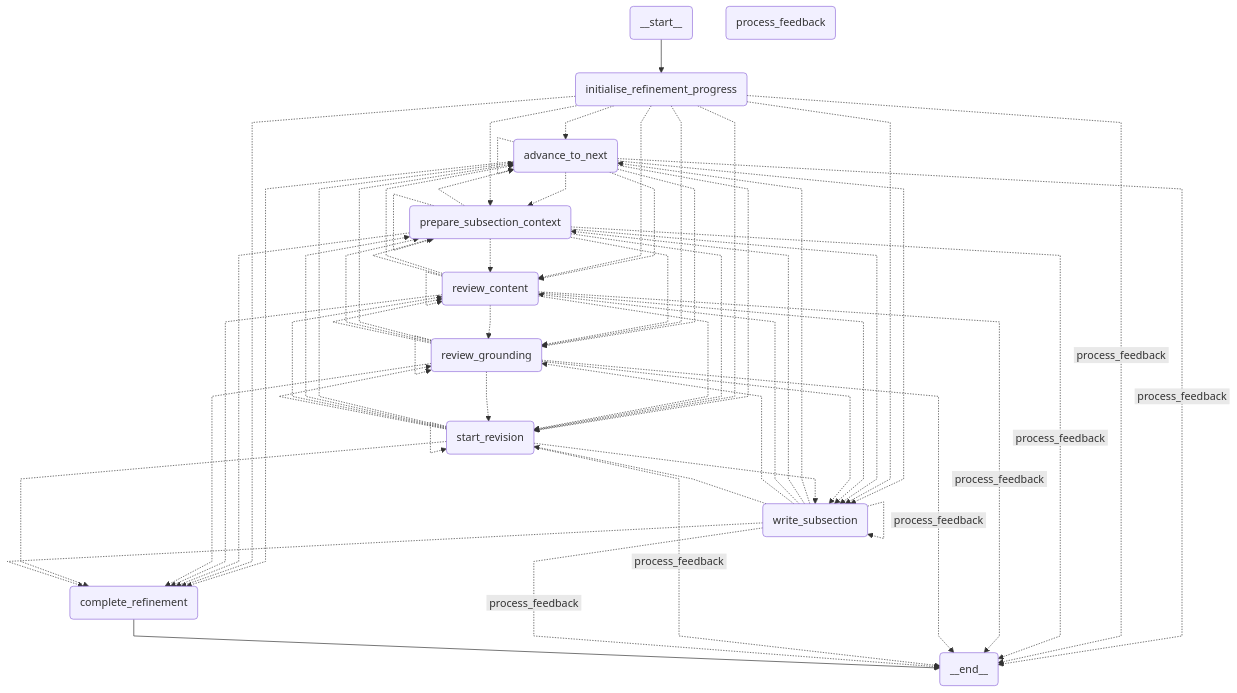
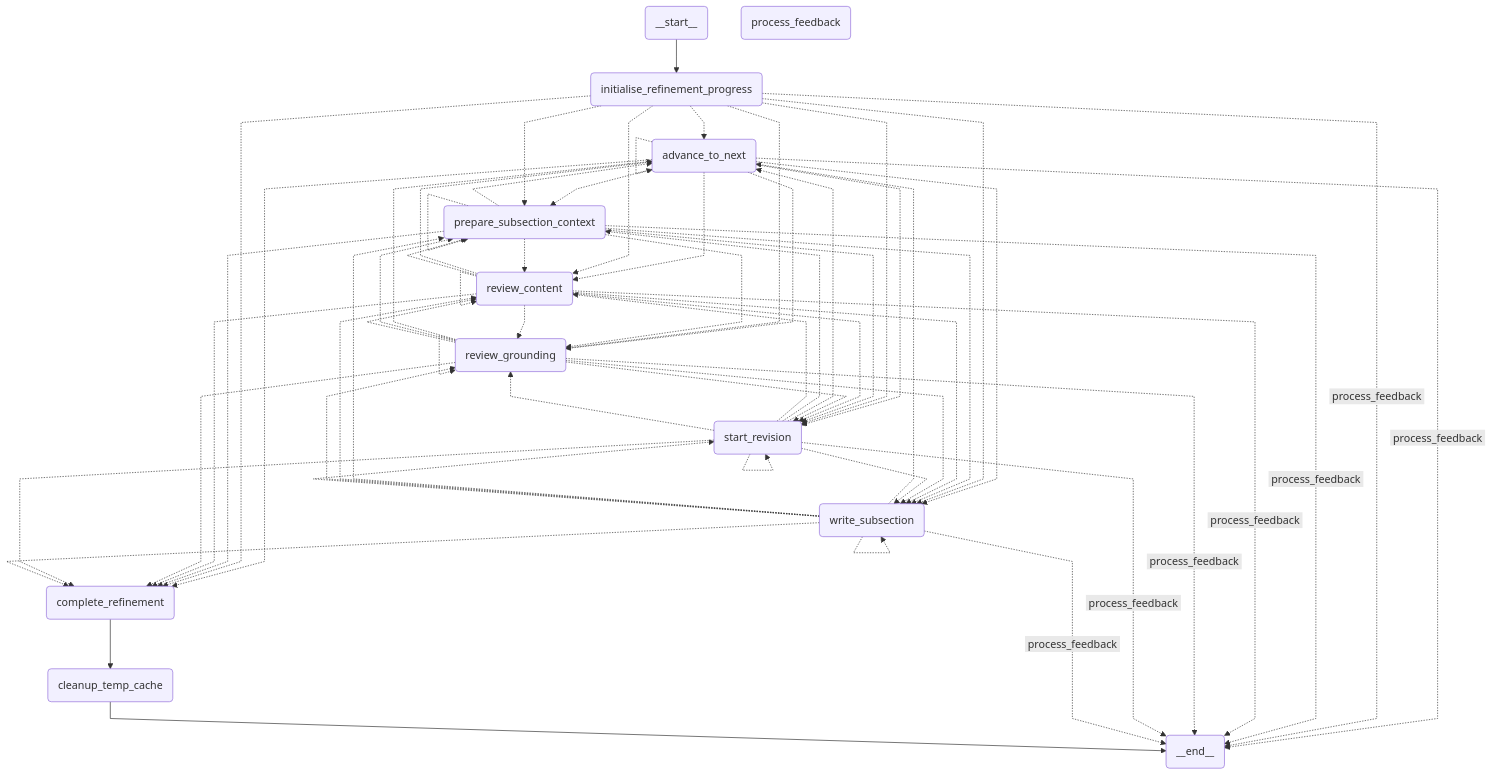
The diagram in graph_diagrams/refinement_graph.mmd (flatala/langgraph-research), drawn with Mermaid before and after one commit. The commit also changed 18 other files, not shown here.

```diff
--- a/graph_diagrams/refinement_graph.mmd
+++ b/graph_diagrams/refinement_graph.mmd
@@ -1,78 +1,80 @@
 ---
 config:
   flowchart:
     curve: linear
 ---
 graph TD;
 	__start__(<p>__start__</p>)
 	initialise_refinement_progress(initialise_refinement_progress)
 	prepare_subsection_context(prepare_subsection_context)
 	write_subsection(write_subsection)
 	review_content(review_content)
 	review_grounding(review_grounding)
 	process_feedback(process_feedback)
 	start_revision(start_revision)
 	advance_to_next(advance_to_next)
 	complete_refinement(complete_refinement)
+	cleanup_temp_cache(cleanup_temp_cache)
 	__end__(<p>__end__</p>)
 	__start__ --> initialise_refinement_progress;
 	advance_to_next -. &nbsp;process_feedback&nbsp; .-> __end__;
 	advance_to_next -.-> complete_refinement;
 	advance_to_next -.-> prepare_subsection_context;
 	advance_to_next -.-> review_content;
 	advance_to_next -.-> review_grounding;
 	advance_to_next -.-> start_revision;
 	advance_to_next -.-> write_subsection;
+	complete_refinement --> cleanup_temp_cache;
 	initialise_refinement_progress -. &nbsp;process_feedback&nbsp; .-> __end__;
 	initialise_refinement_progress -.-> advance_to_next;
 	initialise_refinement_progress -.-> complete_refinement;
 	initialise_refinement_progress -.-> prepare_subsection_context;
 	initialise_refinement_progress -.-> review_content;
 	initialise_refinement_progress -.-> review_grounding;
 	initialise_refinement_progress -.-> start_revision;
 	initialise_refinement_progress -.-> write_subsection;
 	prepare_subsection_context -. &nbsp;process_feedback&nbsp; .-> __end__;
 	prepare_subsection_context -.-> advance_to_next;
 	prepare_subsection_context -.-> complete_refinement;
 	prepare_subsection_context -.-> review_content;
 	prepare_subsection_context -.-> review_grounding;
 	prepare_subsection_context -.-> start_revision;
 	prepare_subsection_context -.-> write_subsection;
 	review_content -. &nbsp;process_feedback&nbsp; .-> __end__;
 	review_content -.-> advance_to_next;
 	review_content -.-> complete_refinement;
 	review_content -.-> prepare_subsection_context;
 	review_content -.-> review_grounding;
 	review_content -.-> start_revision;
 	review_content -.-> write_subsection;
 	review_grounding -. &nbsp;process_feedback&nbsp; .-> __end__;
 	review_grounding -.-> advance_to_next;
 	review_grounding -.-> complete_refinement;
 	review_grounding -.-> prepare_subsection_context;
 	review_grounding -.-> review_content;
 	review_grounding -.-> start_revision;
 	review_grounding -.-> write_subsection;
 	start_revision -. &nbsp;process_feedback&nbsp; .-> __end__;
 	start_revision -.-> advance_to_next;
 	start_revision -.-> complete_refinement;
 	start_revision -.-> prepare_subsection_context;
 	start_revision -.-> review_content;
 	start_revision -.-> review_grounding;
 	start_revision -.-> write_subsection;
 	write_subsection -. &nbsp;process_feedback&nbsp; .-> __end__;
 	write_subsection -.-> advance_to_next;
 	write_subsection -.-> complete_refinement;
 	write_subsection -.-> prepare_subsection_context;
 	write_subsection -.-> review_content;
 	write_subsection -.-> review_grounding;
 	write_subsection -.-> start_revision;
-	complete_refinement --> __end__;
+	cleanup_temp_cache --> __end__;
 	advance_to_next -.-> advance_to_next;
 	prepare_subsection_context -.-> prepare_subsection_context;
 	review_content -.-> review_content;
 	review_grounding -.-> review_grounding;
 	start_revision -.-> start_revision;
 	write_subsection -.-> write_subsection;
 	classDef default fill:#f2f0ff,line-height:1.2
 	classDef first fill-opacity:0
 	classDef last fill:#bfb6fc
```
